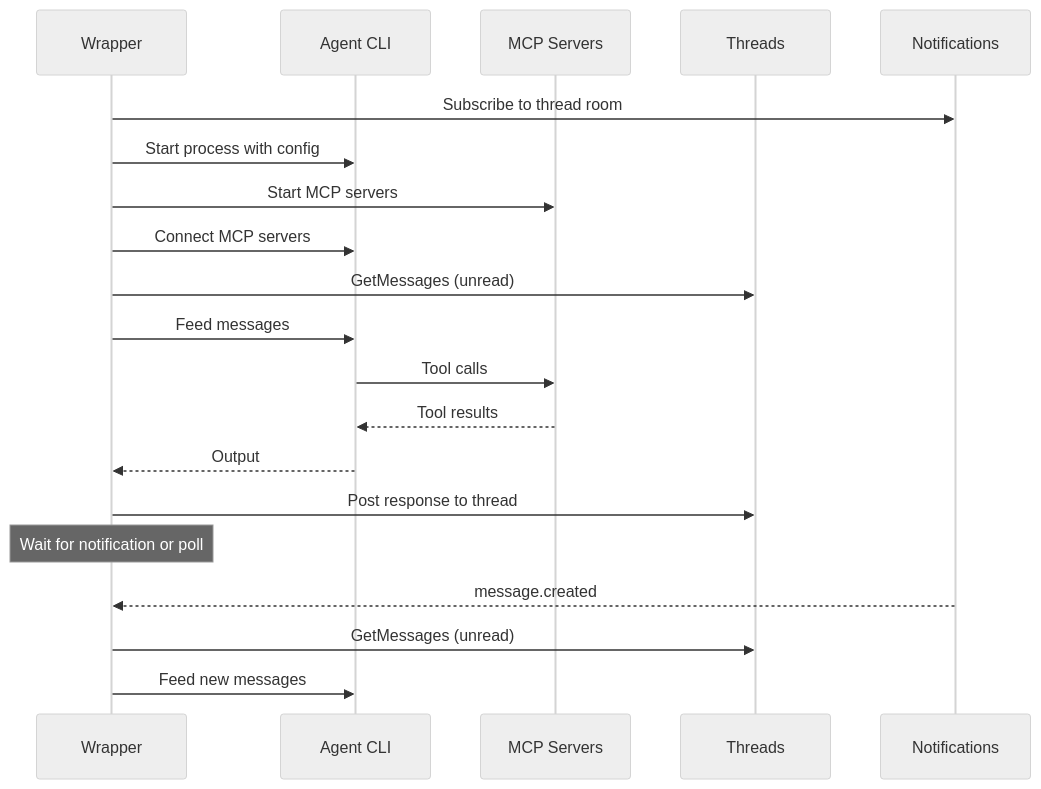
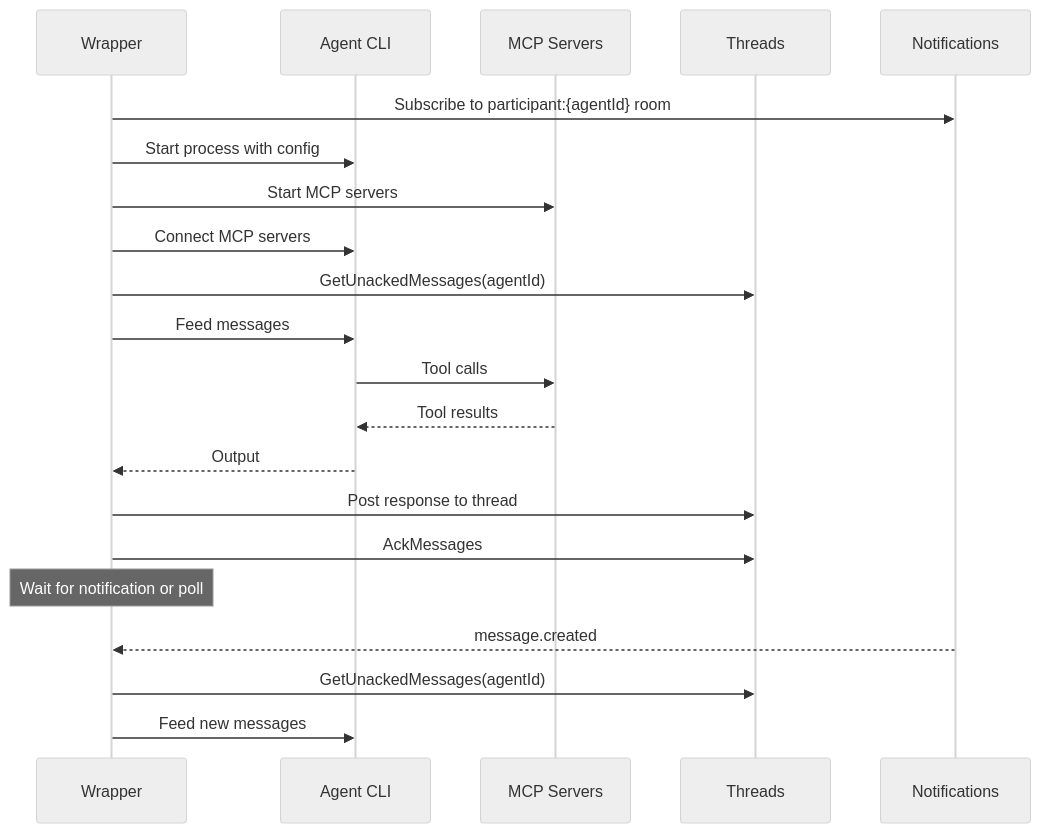
One commit to agynio/architecture changed the third of 4 diagrams in architecture/agent/overview.md. Above: the diagram before and after it, drawn with Mermaid (neutral theme). The commit also changed other lines of this file and 9 other files, not shown here.

````diff
--- a/architecture/agent/overview.md
+++ b/architecture/agent/overview.md
@@ -104,23 +109,24 @@
 ```mermaid
 sequenceDiagram
     participant W as Wrapper
     participant CLI as Agent CLI
     participant MCP as MCP Servers
     participant T as Threads
     participant N as Notifications
 
-    W->>N: Subscribe to thread room
+    W->>N: Subscribe to participant:{agentId} room
     W->>CLI: Start process with config
     W->>MCP: Start MCP servers
     W->>CLI: Connect MCP servers
-    W->>T: GetMessages (unread)
+    W->>T: GetUnackedMessages(agentId)
     W->>CLI: Feed messages
     CLI->>MCP: Tool calls
     MCP-->>CLI: Tool results
     CLI-->>W: Output
     W->>T: Post response to thread
+    W->>T: AckMessages
     Note over W: Wait for notification or poll
     N-->>W: message.created
-    W->>T: GetMessages (unread)
+    W->>T: GetUnackedMessages(agentId)
     W->>CLI: Feed new messages
 ```
````
